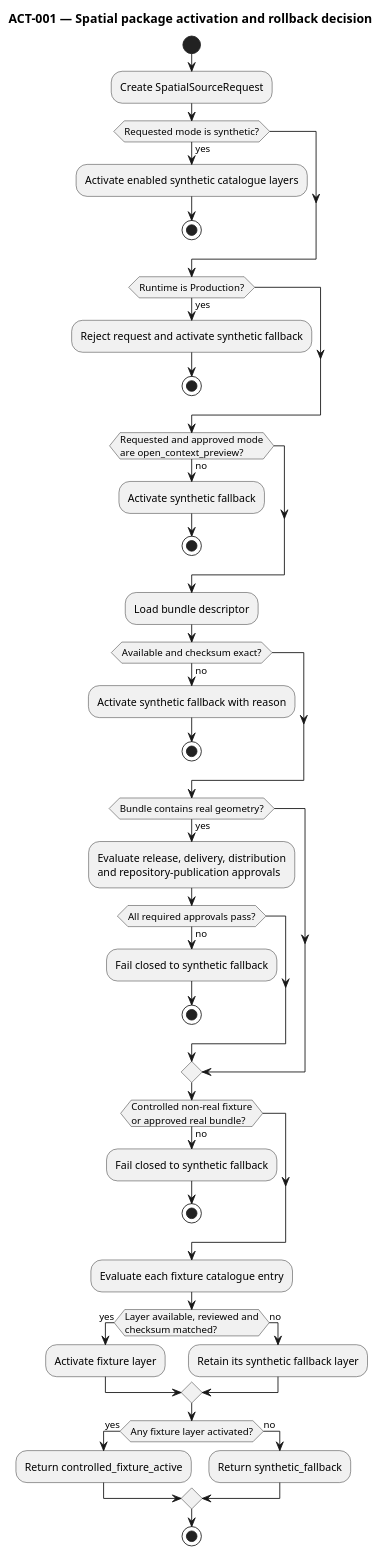
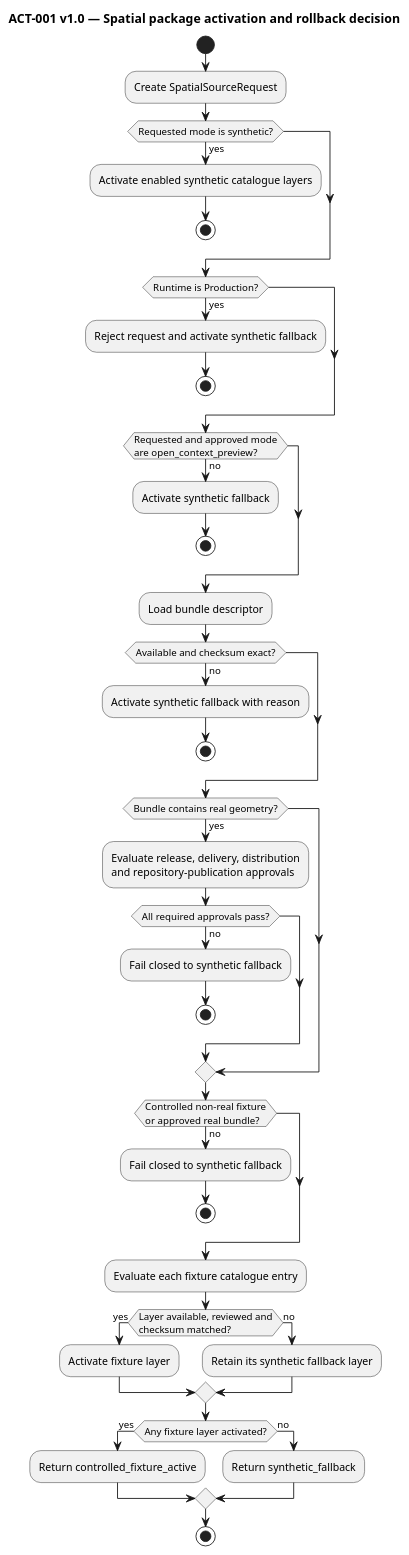
The diagram in docs/artifacts/activity/ACT-001-spatial-package-activation.puml (mmgolikov/geoai-mvp), drawn with PlantUML before and after one commit. The commit also changed 30 other files, not shown here.

Commit message:
docs: preserve controlled architecture versions

```diff
--- a/docs/artifacts/activity/ACT-001-spatial-package-activation.puml
+++ b/docs/artifacts/activity/ACT-001-spatial-package-activation.puml
@@ -1,50 +1,50 @@
 @startuml ACT-001
 !pragma layout smetana
-title ACT-001 — Spatial package activation and rollback decision
+title ACT-001 v1.0 — Spatial package activation and rollback decision
 skinparam backgroundColor #FFFFFF
 skinparam shadowing false
 skinparam defaultFontName Arial
 
 start
 :Create SpatialSourceRequest;
 if (Requested mode is synthetic?) then (yes)
   :Activate enabled synthetic catalogue layers;
   stop
 endif
 if (Runtime is Production?) then (yes)
   :Reject request and activate synthetic fallback;
   stop
 endif
 if (Requested and approved mode\nare open_context_preview?) then (no)
   :Activate synthetic fallback;
   stop
 endif
 :Load bundle descriptor;
 if (Available and checksum exact?) then (no)
   :Activate synthetic fallback with reason;
   stop
 endif
 if (Bundle contains real geometry?) then (yes)
   :Evaluate release, delivery, distribution\nand repository-publication approvals;
   if (All required approvals pass?) then (no)
     :Fail closed to synthetic fallback;
     stop
   endif
 endif
 if (Controlled non-real fixture\nor approved real bundle?) then (no)
   :Fail closed to synthetic fallback;
   stop
 endif
 :Evaluate each fixture catalogue entry;
 if (Layer available, reviewed and\nchecksum matched?) then (yes)
   :Activate fixture layer;
 else (no)
   :Retain its synthetic fallback layer;
 endif
 if (Any fixture layer activated?) then (yes)
   :Return controlled_fixture_active;
 else (no)
   :Return synthetic_fallback;
 endif
 stop
 @enduml
```
